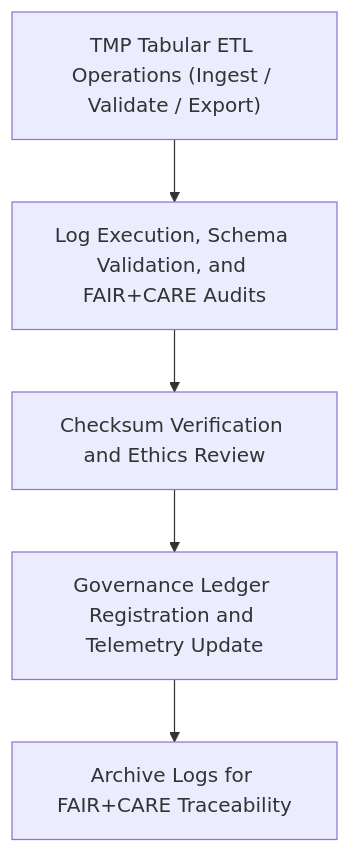
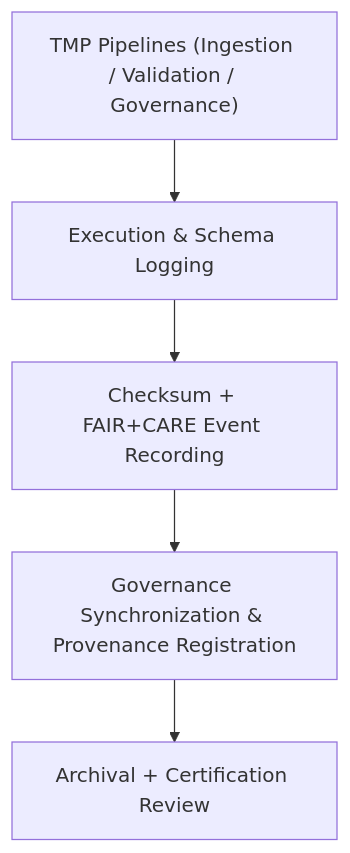
Before and after one commit to bartytime4life/Kansas-Frontier-Matrix: the diagram in data/work/tmp/tabular/logs/README.md, drawn with Mermaid. The commit also changed other lines of this file, not shown here.

````diff
--- a/data/work/tmp/tabular/logs/README.md
+++ b/data/work/tmp/tabular/logs/README.md
@@ -68,7 +63,7 @@
 ```mermaid
 flowchart TD
-    A["TMP Tabular ETL Operations (Ingest / Validate / Export)"] --> B["Log Execution, Schema Validation, and FAIR+CARE Audits"]
-    B --> C["Checksum Verification and Ethics Review"]
-    C --> D["Governance Ledger Registration and Telemetry Update"]
-    D --> E["Archive Logs for FAIR+CARE Traceability"]
+    A["TMP Pipelines (Ingestion / Validation / Governance)"] --> B["Execution & Schema Logging"]
+    B --> C["Checksum + FAIR+CARE Event Recording"]
+    C --> D["Governance Synchronization & Provenance Registration"]
+    D --> E["Archival + Certification Review"]
 ```
````
